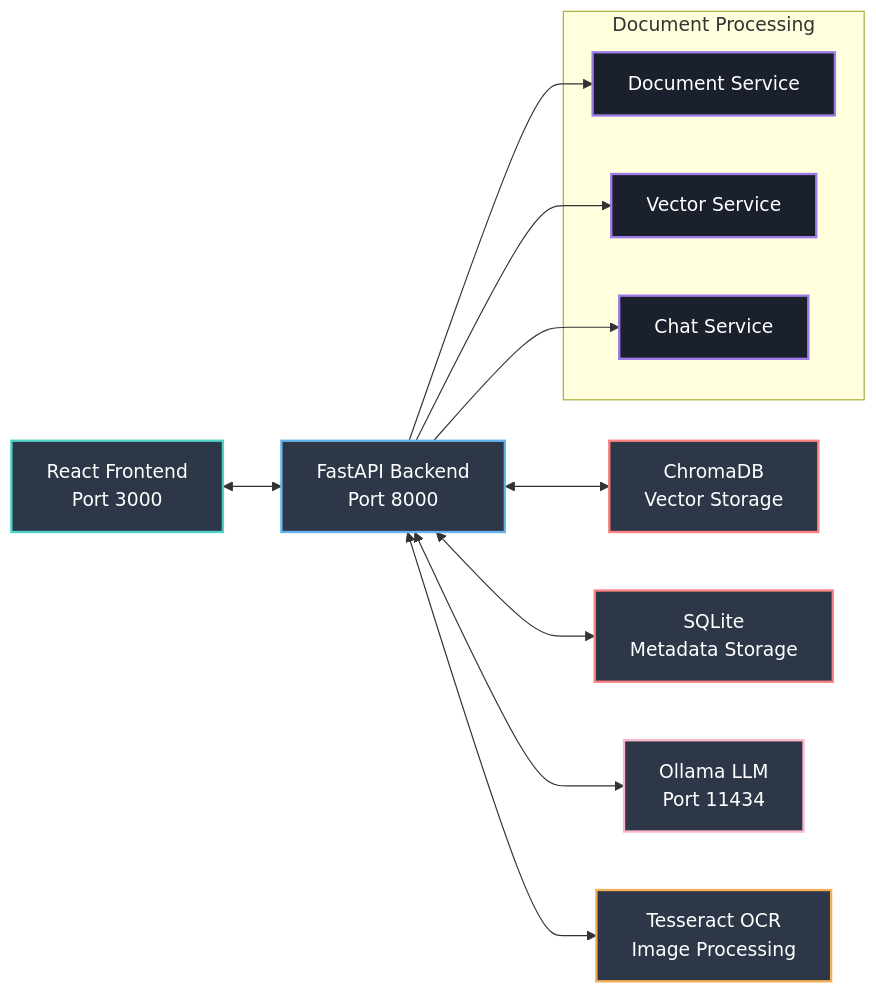
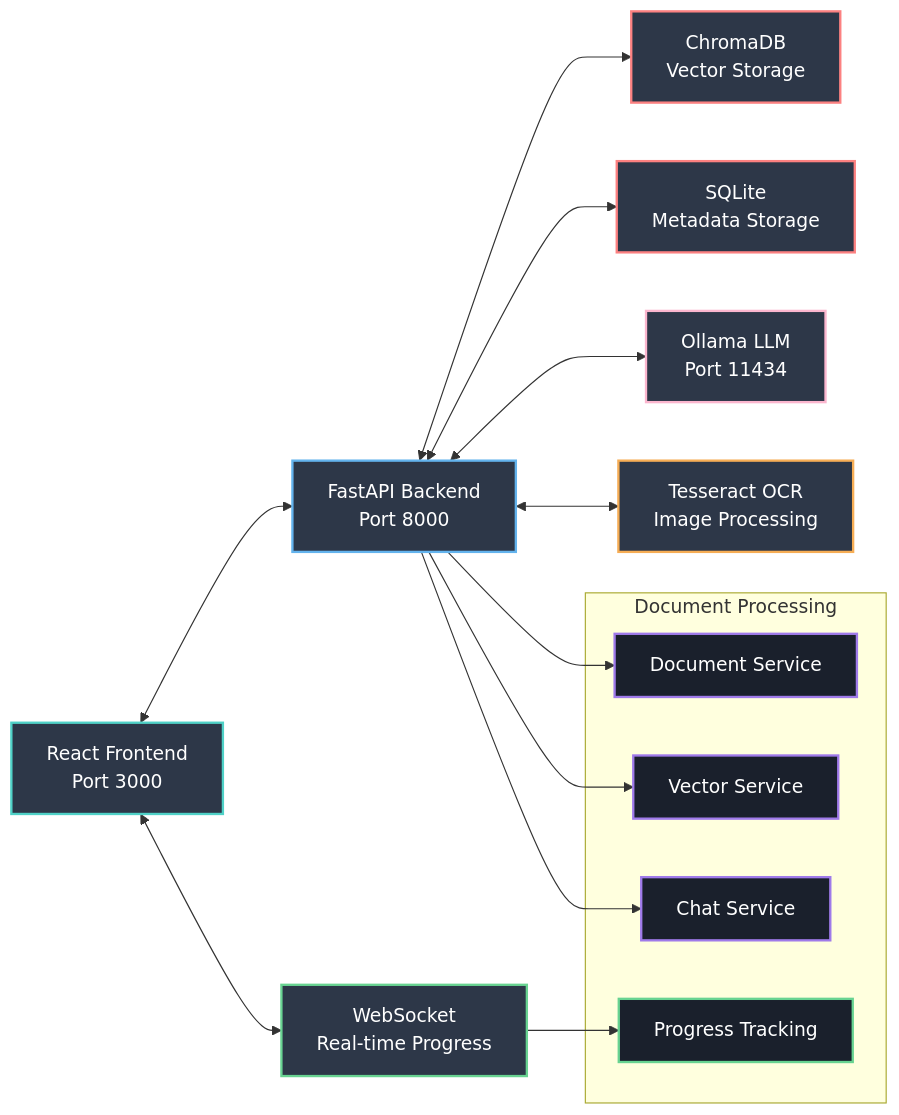
The fourth of 4 diagrams in README.md (narenallam/chatbot), drawn with Mermaid before and after one commit. The commit also changed other lines of this file and 19 other files, not shown here.

````diff
--- a/README.md
+++ b/README.md
@@ -97,28 +130,33 @@
 ```mermaid
 graph LR
     UI["React Frontend<br/>Port 3000"] <--> API["FastAPI Backend<br/>Port 8000"]
     API <--> DB1["ChromaDB<br/>Vector Storage"]
     API <--> DB2["SQLite<br/>Metadata Storage"]
     API <--> AI["Ollama LLM<br/>Port 11434"]
     API <--> OCR["Tesseract OCR<br/>Image Processing"]
+    UI <--> WS["WebSocket<br/>Real-time Progress"]
     
     subgraph "Document Processing"
         DOC["Document Service"]
         VEC["Vector Service"]
         CHAT["Chat Service"]
+        PROG["Progress Tracking"]
     end
     
     API --> DOC
     API --> VEC
     API --> CHAT
+    WS --> PROG
     
     style UI fill:#2d3748,stroke:#4fd1c7,stroke-width:2px,color:#ffffff
     style API fill:#2d3748,stroke:#63b3ed,stroke-width:2px,color:#ffffff
     style AI fill:#2d3748,stroke:#fbb6ce,stroke-width:2px,color:#ffffff
     style DB1 fill:#2d3748,stroke:#fc8181,stroke-width:2px,color:#ffffff
     style DB2 fill:#2d3748,stroke:#fc8181,stroke-width:2px,color:#ffffff
     style OCR fill:#2d3748,stroke:#f6ad55,stroke-width:2px,color:#ffffff
+    style WS fill:#2d3748,stroke:#68d391,stroke-width:2px,color:#ffffff
     style DOC fill:#1a202c,stroke:#9f7aea,stroke-width:2px,color:#ffffff
     style VEC fill:#1a202c,stroke:#9f7aea,stroke-width:2px,color:#ffffff
     style CHAT fill:#1a202c,stroke:#9f7aea,stroke-width:2px,color:#ffffff
+    style PROG fill:#1a202c,stroke:#68d391,stroke-width:2px,color:#ffffff
 ```
````
